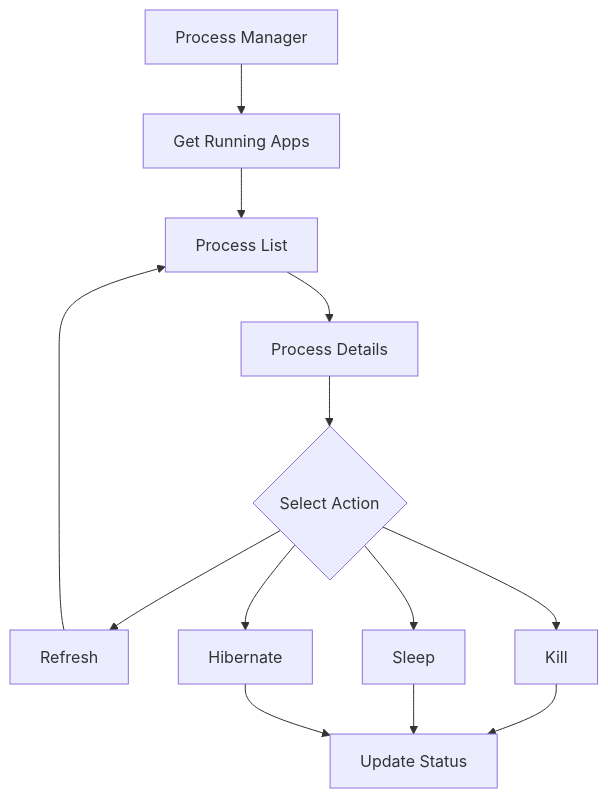
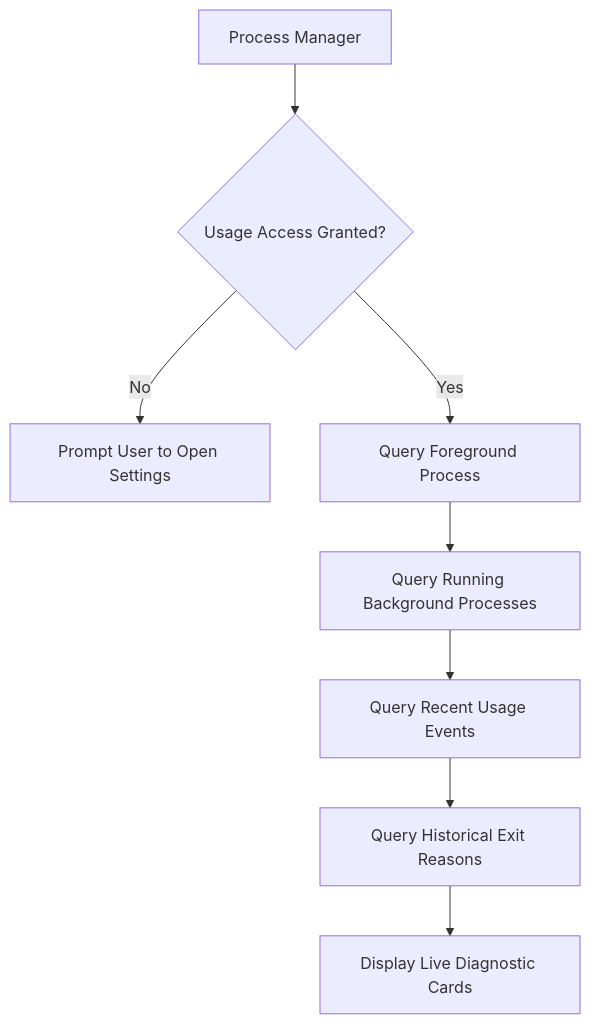
The third of 12 diagrams in README.md (Anushree401/apk-analyzer), drawn with Mermaid before and after one commit. The commit also changed other lines of this file and 20 other files, not shown here.

````diff
--- a/README.md
+++ b/README.md
@@ -146,19 +159,10 @@
 ```mermaid
 flowchart TD
-    A[Process Manager] --> B[Get Running Apps]
-
-    B --> C[Process List]
-    C --> D[Process Details]
-
-    D --> E{Select Action}
-
-    E --> F[Refresh]
-    E --> G[Kill]
-    E --> H[Sleep]
-    E --> I[Hibernate]
-
-    F --> C
-    G --> J[Update Status]
-    H --> J
-    I --> J
+    A[Process Manager] --> B{Usage Access Granted?}
+    B -- No --> C[Prompt User to Open Settings]
+    B -- Yes --> D[Query Foreground Process]
+    D --> E[Query Running Background Processes]
+    E --> F[Query Recent Usage Events]
+    F --> G[Query Historical Exit Reasons]
+    G --> H[Display Live Diagnostic Cards]
 ```
````
